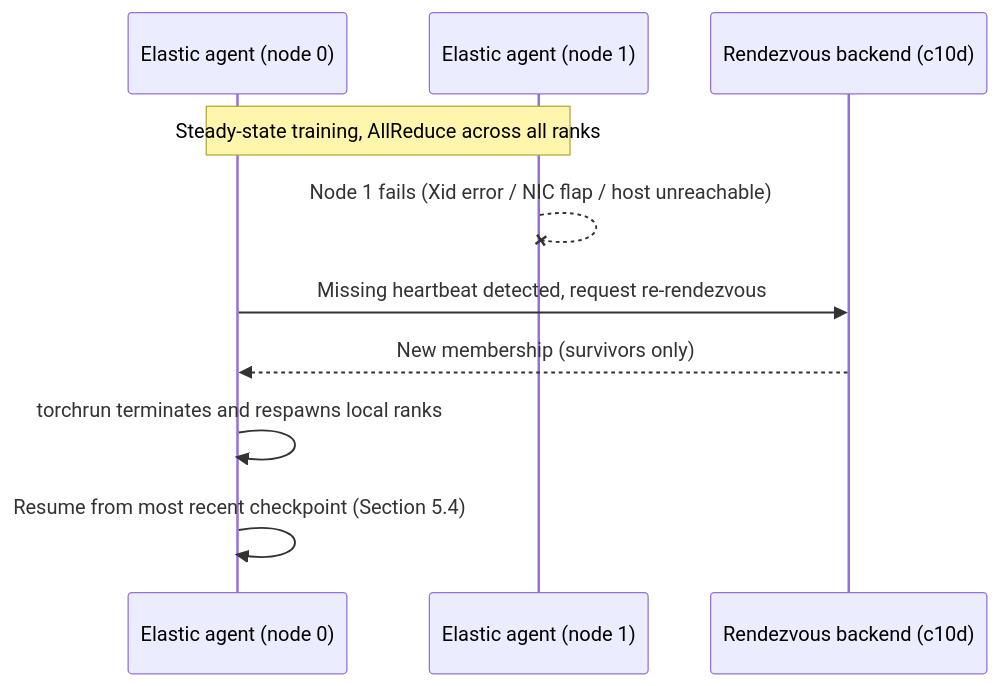
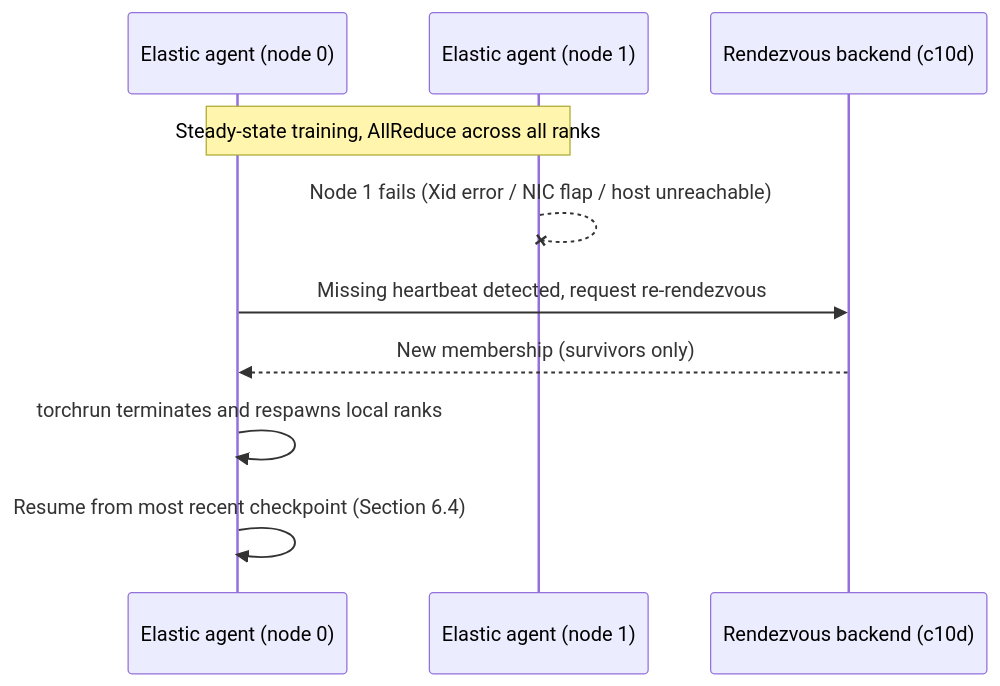
One commit to jreuben11/linux-graphics-stack-book changed the ninth of 9 diagrams in chapters/part-20-ai-inference/ch249-distributed-training-infrastructure.md. Above: the diagram before and after it, drawn with Mermaid. The commit also changed other lines of this file, not shown here.

````diff
--- a/chapters/part-20-ai-inference/ch249-distributed-training-infrastructure.md
+++ b/chapters/part-20-ai-inference/ch249-distributed-training-infrastructure.md
@@ -736,12 +948,12 @@
 ```mermaid
 sequenceDiagram
     participant A0 as Elastic agent (node 0)
     participant A1 as Elastic agent (node 1)
     participant Rdzv as Rendezvous backend (c10d)
     Note over A0,A1: Steady-state training, AllReduce across all ranks
     A1--xA1: Node 1 fails (Xid error / NIC flap / host unreachable)
     A0->>Rdzv: Missing heartbeat detected, request re-rendezvous
     Rdzv-->>A0: New membership (survivors only)
     A0->>A0: torchrun terminates and respawns local ranks
-    A0->>A0: Resume from most recent checkpoint (Section 5.4)
+    A0->>A0: Resume from most recent checkpoint (Section 6.4)
 ```
````
